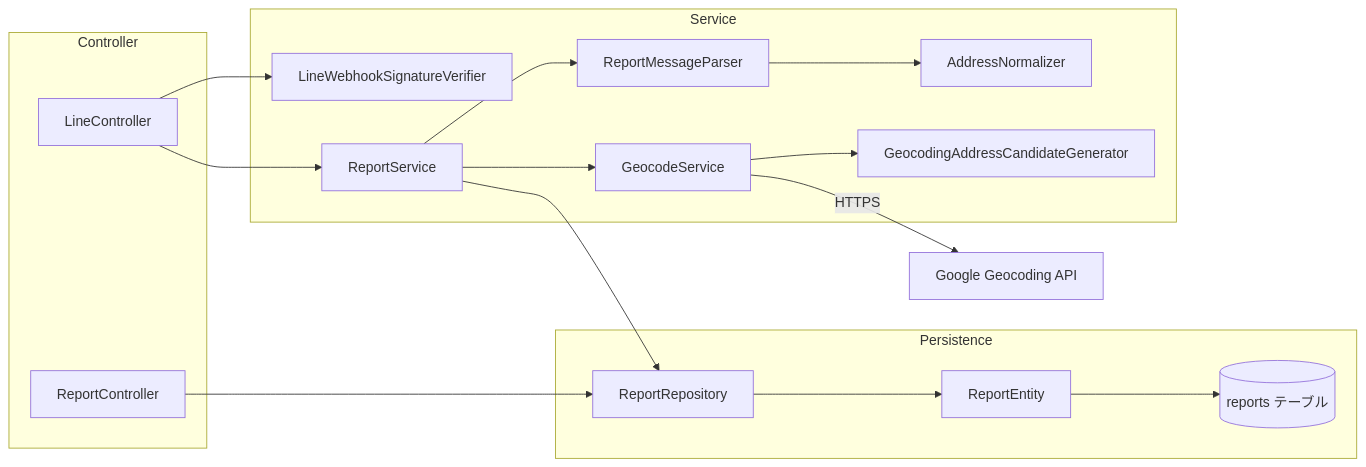
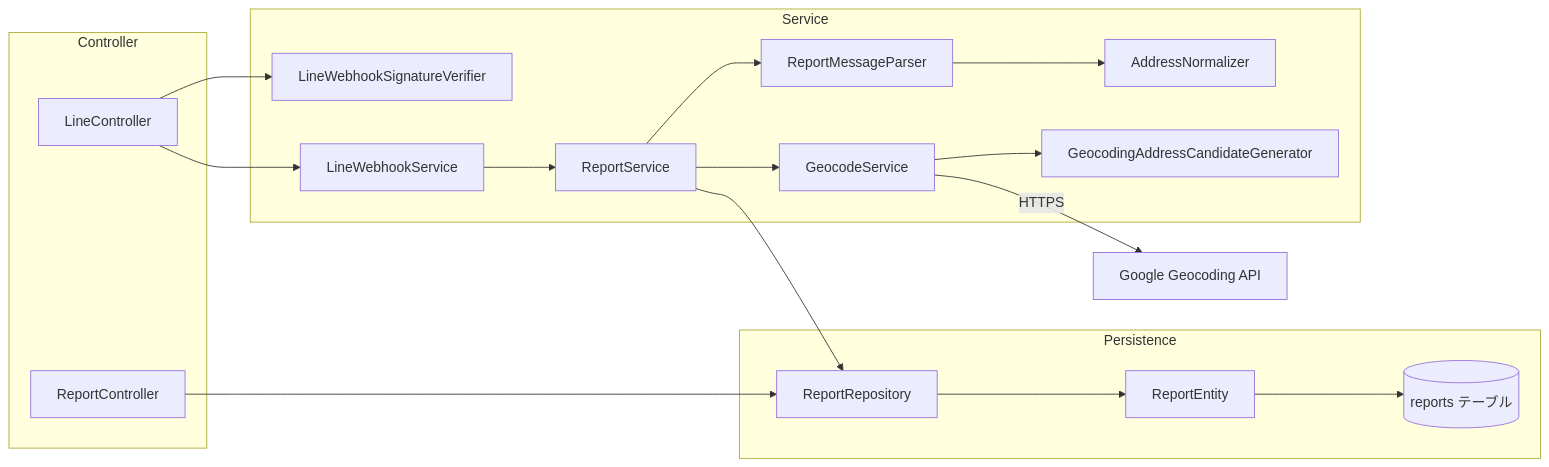
The second of 5 diagrams in docs/architecture/system-overview.md (TBan34/Suspicious-Person-Map), drawn with Mermaid before and after one commit. The commit also changed other lines of this file and 5 other files, not shown here.

````diff
--- a/docs/architecture/system-overview.md
+++ b/docs/architecture/system-overview.md
@@ -56,34 +56,36 @@
 ```mermaid
 flowchart LR
     subgraph controller[Controller]
         lineController[LineController]
         reportController[ReportController]
     end
 
     subgraph service[Service]
         signature[LineWebhookSignatureVerifier]
+        webhookService[LineWebhookService]
         reportService[ReportService]
         parser[ReportMessageParser]
         normalizer[AddressNormalizer]
         candidates[GeocodingAddressCandidateGenerator]
         geocode[GeocodeService]
     end
 
     subgraph persistence[Persistence]
         repository[ReportRepository]
         entity[ReportEntity]
         db[(reports テーブル)]
     end
 
     lineController --> signature
-    lineController --> reportService
+    lineController --> webhookService
+    webhookService --> reportService
     reportService --> parser
     parser --> normalizer
     reportService --> geocode
     geocode --> candidates
     geocode -->|HTTPS| google[Google Geocoding API]
     reportService --> repository
     reportController --> repository
     repository --> entity
     entity --> db
 ```
````
